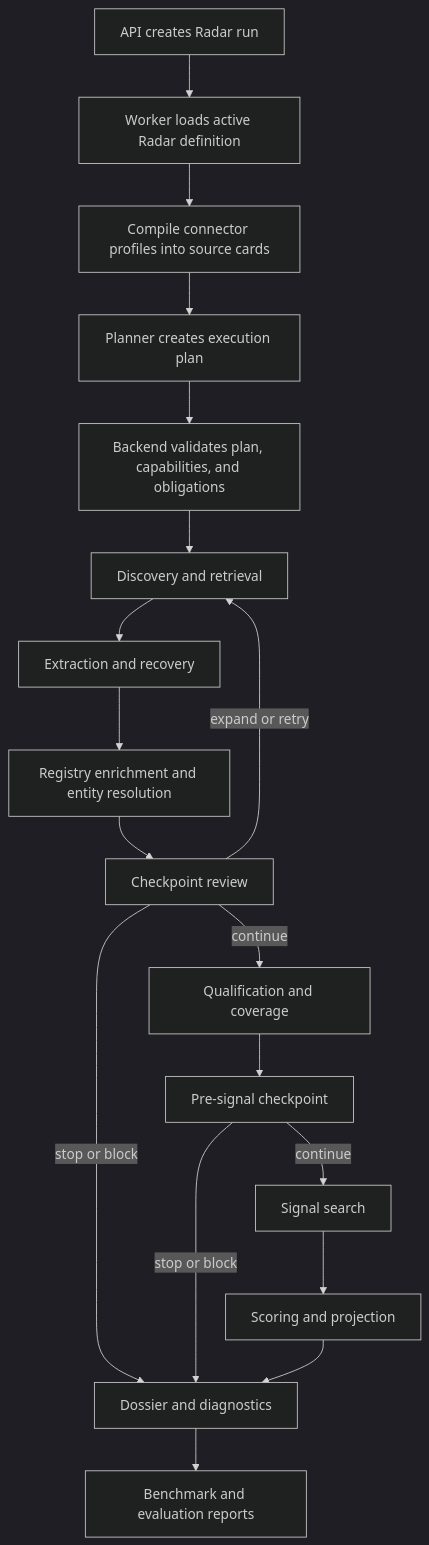
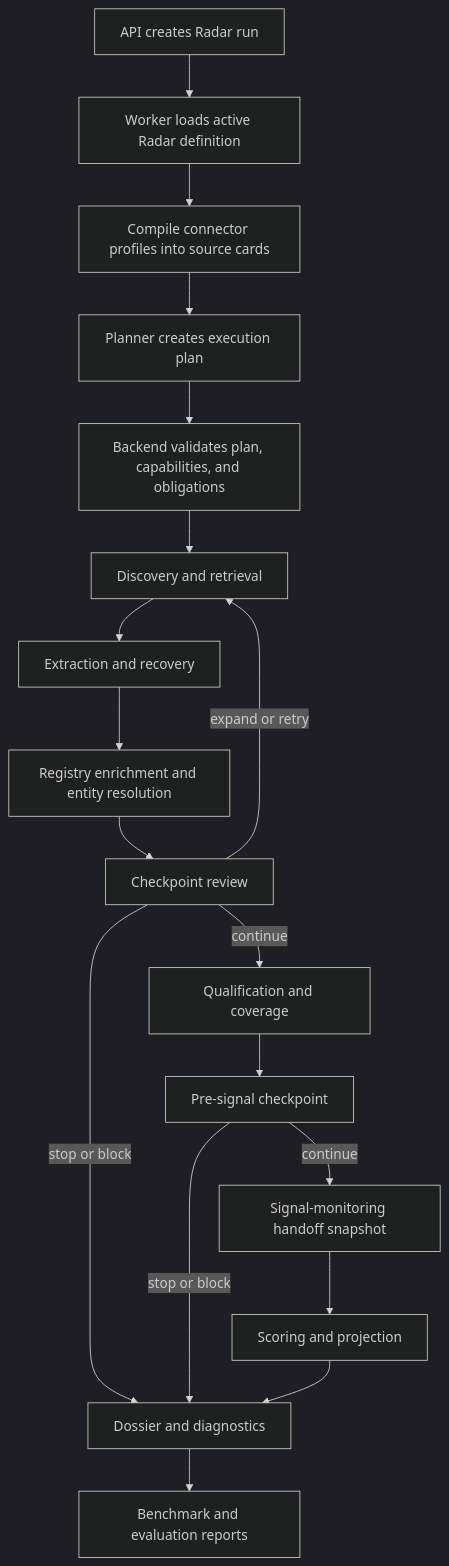
Before and after one commit to mudrezzz/power-web-os: the first of 6 diagrams in docs/radar/RADAR_SEARCH_PIPELINE_AS_IS.md, drawn with Mermaid (dark theme). The commit also changed other lines of this file and 32 other files, not shown here.

First line of the commit message:
Implement Radar candidate discovery signal handoff split

````diff
--- a/docs/radar/RADAR_SEARCH_PIPELINE_AS_IS.md
+++ b/docs/radar/RADAR_SEARCH_PIPELINE_AS_IS.md
@@ -88,20 +88,20 @@
 ```mermaid
 flowchart TD
   A[API creates Radar run] --> B[Worker loads active Radar definition]
   B --> C[Compile connector profiles into source cards]
   C --> D[Planner creates execution plan]
   D --> E[Backend validates plan, capabilities, and obligations]
   E --> F[Discovery and retrieval]
   F --> G[Extraction and recovery]
   G --> H[Registry enrichment and entity resolution]
   H --> I[Checkpoint review]
   I -->|continue| J[Qualification and coverage]
   I -->|expand or retry| F
   I -->|stop or block| K[Dossier and diagnostics]
   J --> L[Pre-signal checkpoint]
-  L -->|continue| M[Signal search]
+  L -->|continue| M[Signal-monitoring handoff snapshot]
   L -->|stop or block| K
   M --> N[Scoring and projection]
   N --> K
   K --> O[Benchmark and evaluation reports]
 ```
````
